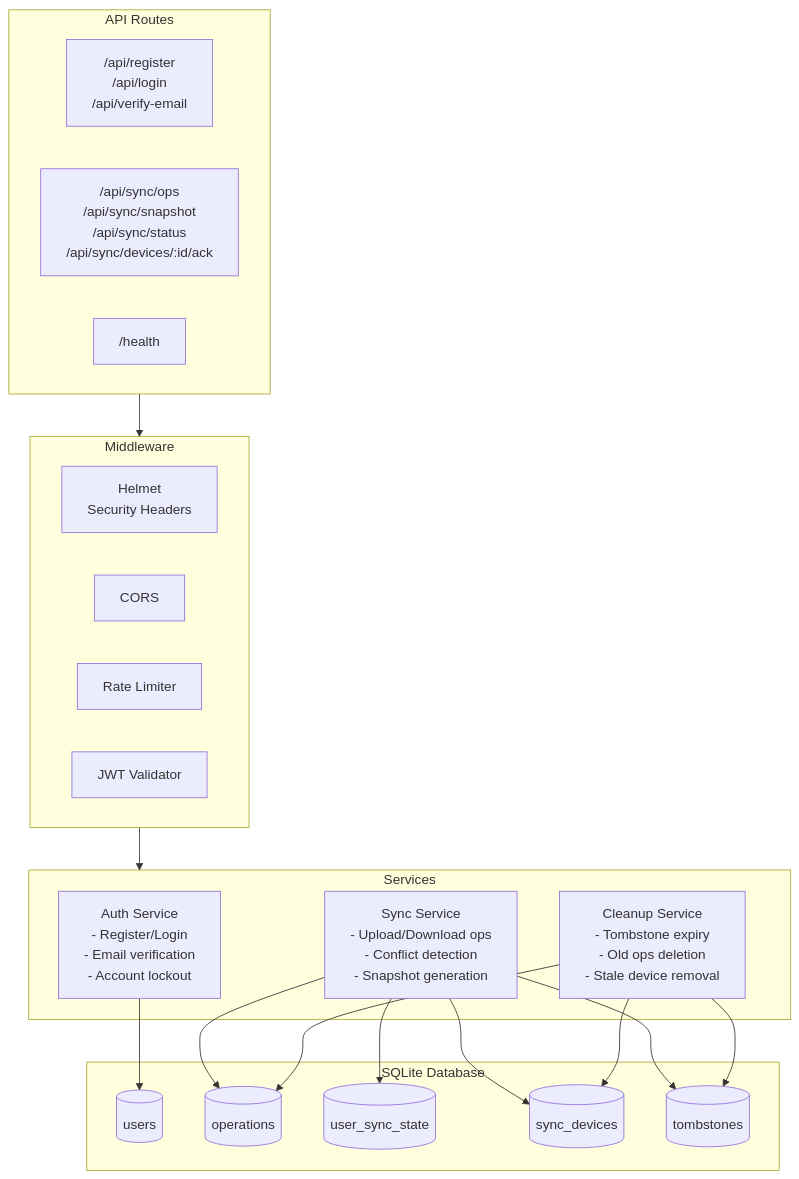
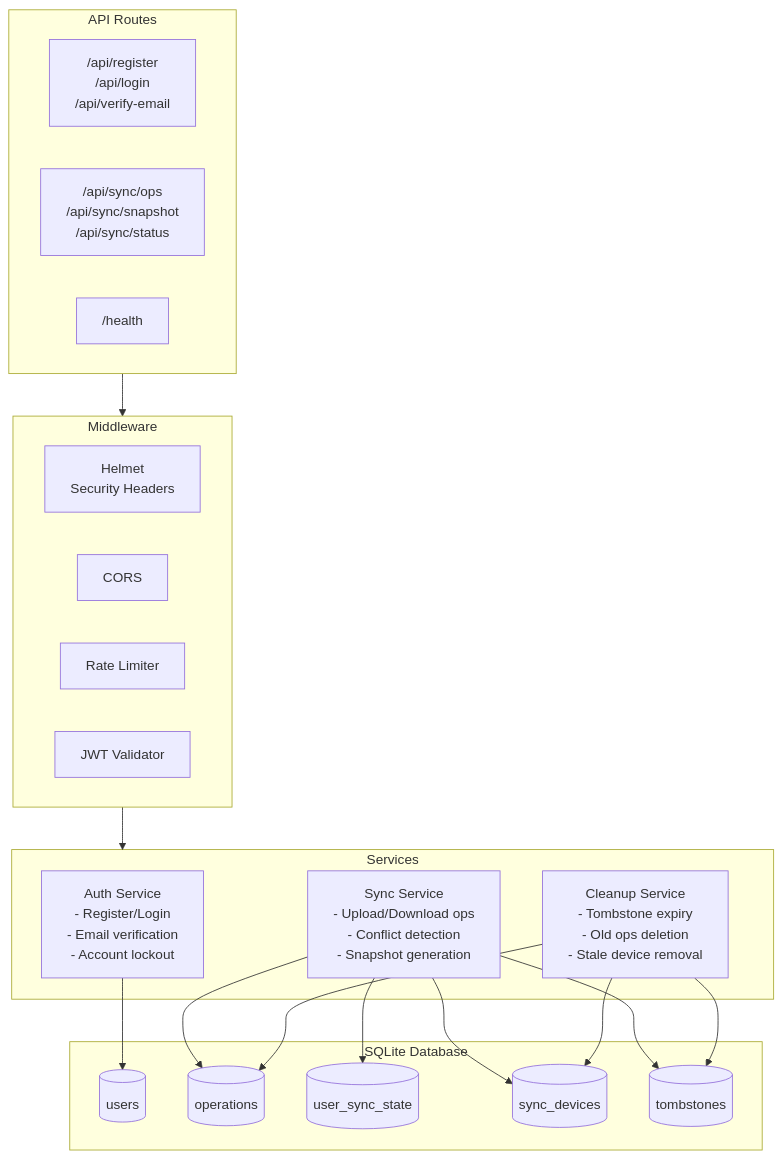
The second of 26 diagrams in packages/super-sync-server/sync-server-architecture-diagrams.md (johannesjo/super-productivity), drawn with Mermaid before and after one commit. The commit also changed other lines of this file and 12 other files, not shown here.

First line of the commit message:
refactor(sync): remove ACK mechanism, simplify to time-based cleanup

````diff
--- a/packages/super-sync-server/sync-server-architecture-diagrams.md
+++ b/packages/super-sync-server/sync-server-architecture-diagrams.md
@@ -39,40 +39,40 @@
 ```mermaid
 flowchart TB
     subgraph Routes["API Routes"]
         AuthR["/api/register<br/>/api/login<br/>/api/verify-email"]
-        SyncR["/api/sync/ops<br/>/api/sync/snapshot<br/>/api/sync/status<br/>/api/sync/devices/:id/ack"]
+        SyncR["/api/sync/ops<br/>/api/sync/snapshot<br/>/api/sync/status"]
         Health["/health"]
     end
 
     subgraph Middleware
         Helmet[Helmet<br/>Security Headers]
         CORS[CORS]
         RateLimit[Rate Limiter]
         JWTAuth[JWT Validator]
     end
 
     subgraph Services
         AuthS[Auth Service<br/>- Register/Login<br/>- Email verification<br/>- Account lockout]
         SyncS[Sync Service<br/>- Upload/Download ops<br/>- Conflict detection<br/>- Snapshot generation]
         CleanupS[Cleanup Service<br/>- Tombstone expiry<br/>- Old ops deletion<br/>- Stale device removal]
     end
 
     subgraph Database["SQLite Database"]
         Users[(users)]
         Ops[(operations)]
         SyncState[(user_sync_state)]
         Devices[(sync_devices)]
         Tombstones[(tombstones)]
     end
 
     Routes --> Middleware
     Middleware --> Services
     AuthS --> Users
     SyncS --> Ops
     SyncS --> SyncState
     SyncS --> Devices
     SyncS --> Tombstones
     CleanupS --> Ops
     CleanupS --> Devices
     CleanupS --> Tombstones
 ```
````
